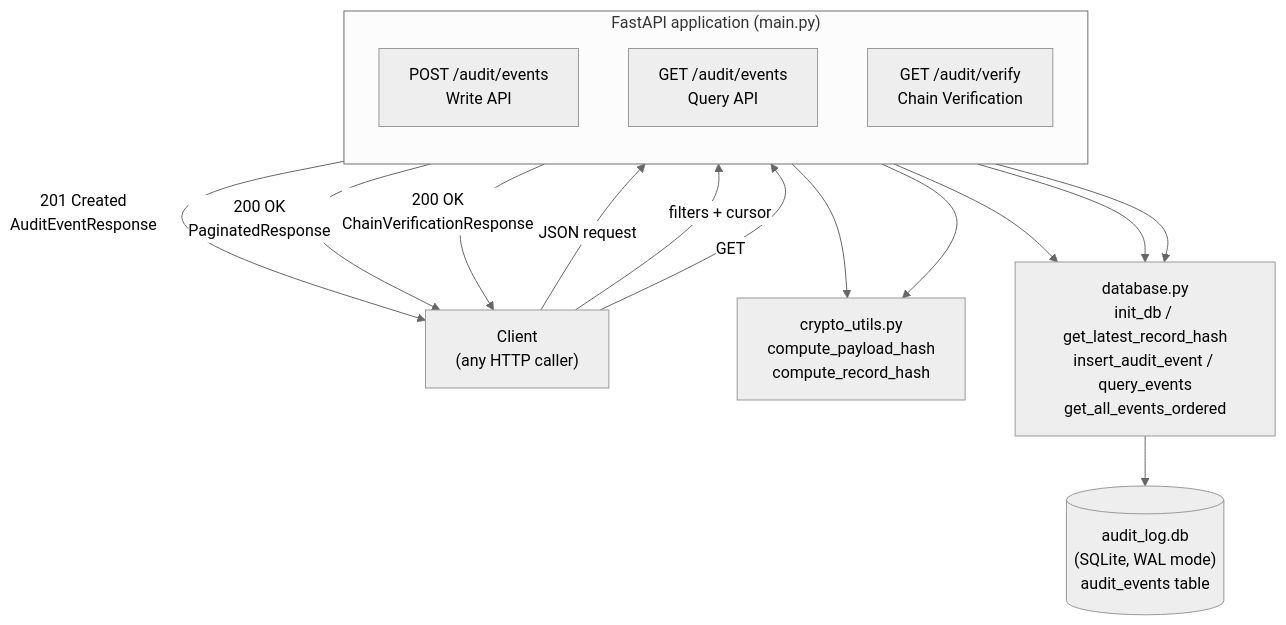
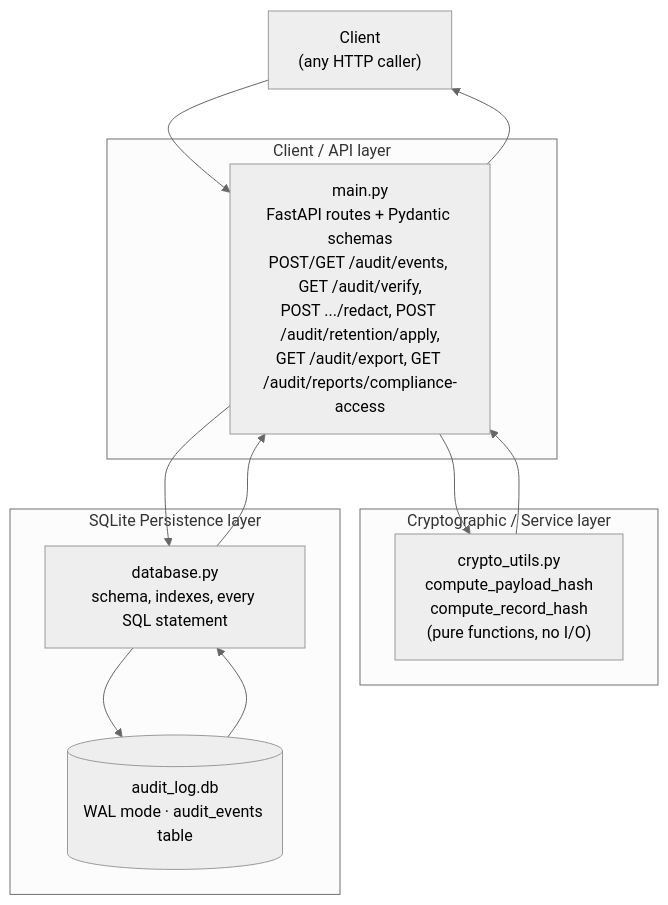
One commit to ravirvgit/audit-log-service changed the first of 10 diagrams in ARCHITECTURE.md. Above: the diagram before and after it, drawn with Mermaid (neutral theme). The commit also changed other lines of this file and 7 other files, not shown here.

````diff
--- a/ARCHITECTURE.md
+++ b/ARCHITECTURE.md
@@ -17,31 +21,26 @@
 ```mermaid
-flowchart TB
+graph TD
     Client["Client\n(any HTTP caller)"]
 
-    subgraph App["FastAPI application (main.py)"]
-        direction TB
-        Write["POST /audit/events\nWrite API"]
-        Query["GET /audit/events\nQuery API"]
-        Verify["GET /audit/verify\nChain Verification"]
+    subgraph L1["Client / API layer"]
+        API["main.py\nFastAPI routes + Pydantic schemas\nPOST/GET /audit/events, GET /audit/verify,\nPOST .../redact, POST /audit/retention/apply,\nGET /audit/export, GET /audit/reports/compliance-access"]
     end
 
-    Crypto["crypto_utils.py\ncompute_payload_hash\ncompute_record_hash"]
-    DB["database.py\ninit_db / get_latest_record_hash\ninsert_audit_event / query_events\nget_all_events_ordered"]
-    SQLite[("audit_log.db\n(SQLite, WAL mode)\naudit_events table")]
+    subgraph L2["Cryptographic / Service layer"]
+        Crypto["crypto_utils.py\ncompute_payload_hash\ncompute_record_hash\n(pure functions, no I/O)"]
+    end
 
-    Client -->|JSON request| Write
-    Client -->|filters + cursor| Query
-    Client -->|GET| Verify
+    subgraph L3["SQLite Persistence layer"]
+        DB["database.py\nschema, indexes, every SQL statement"]
+        SQLite[("audit_log.db\nWAL mode · audit_events table")]
+        DB --> SQLite
+        SQLite --> DB
+    end
 
-    Write --> Crypto
-    Write --> DB
-    Query --> DB
-    Verify --> Crypto
-    Verify --> DB
-
-    DB --> SQLite
-
-    Write -->|201 Created\nAuditEventResponse| Client
-    Query -->|200 OK\nPaginatedResponse| Client
-    Verify -->|200 OK\nChainVerificationResponse| Client
+    Client --> API
+    API --> Client
+    API --> Crypto
+    Crypto --> API
+    API --> DB
+    DB --> API
 ```
````
